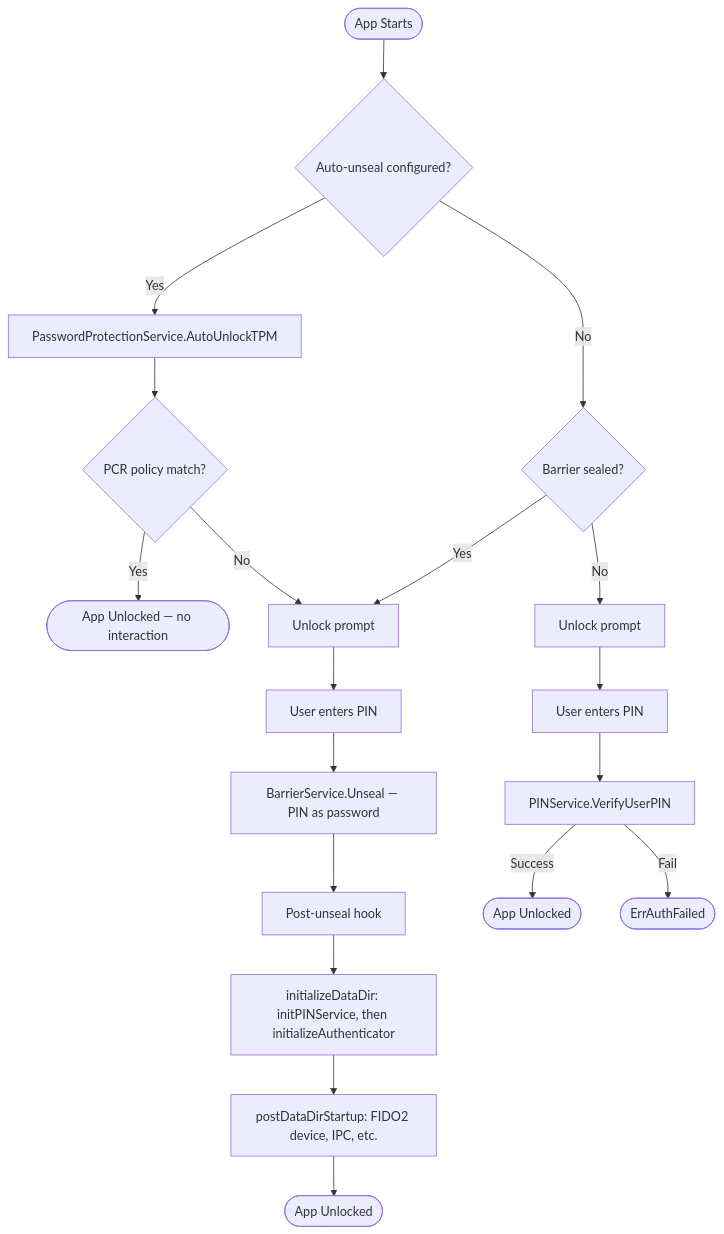
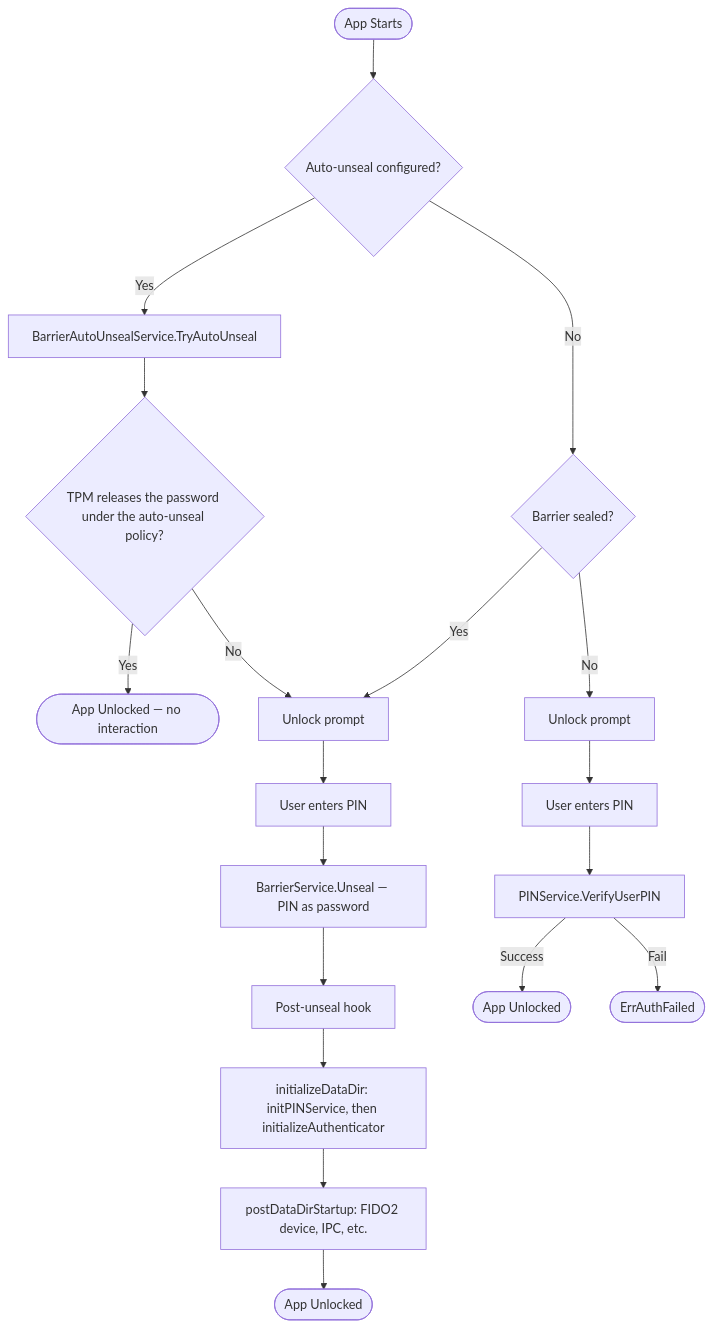
One commit to jeremyhahn/go-xkms changed the third of 5 diagrams in xkey/docs/architecture/setup-and-unlock-flow.md. Above: the diagram before and after it, drawn with Mermaid. The commit also changed other lines of this file and 157 other files, not shown here.

First line of the commit message:
feat(xkey): TPM policies through the shared service; pcr_policy is gone

````diff
--- a/xkey/docs/architecture/setup-and-unlock-flow.md
+++ b/xkey/docs/architecture/setup-and-unlock-flow.md
@@ -109,25 +105,25 @@
 ```mermaid
 flowchart TD
     START([App Starts]) --> D1{Auto-unseal configured?}
 
-    D1 -->|Yes| AU[PasswordProtectionService.AutoUnlockTPM]
-    AU --> AUR{PCR policy match?}
+    D1 -->|Yes| AU[BarrierAutoUnsealService.TryAutoUnseal]
+    AU --> AUR{TPM releases the password under the auto-unseal policy?}
     AUR -->|Yes| AUTO([App Unlocked — no interaction])
     AUR -->|No| PROMPT
 
     D1 -->|No| D2{Barrier sealed?}
     D2 -->|Yes| PROMPT
     D2 -->|No| PROMPT2
 
     PROMPT[Unlock prompt] --> PIN1[User enters PIN]
     PIN1 --> UNSEAL[BarrierService.Unseal — PIN as password]
     UNSEAL --> HOOK[Post-unseal hook]
     HOOK --> IDD[initializeDataDir: initPINService, then initializeAuthenticator]
     IDD --> POST[postDataDirStartup: FIDO2 device, IPC, etc.]
     POST --> DONE1([App Unlocked])
 
     PROMPT2[Unlock prompt] --> PIN2[User enters PIN]
     PIN2 --> VERIFY[PINService.VerifyUserPIN]
     VERIFY -->|Success| DONE2([App Unlocked])
     VERIFY -->|Fail| ERR([ErrAuthFailed])
 ```
````
